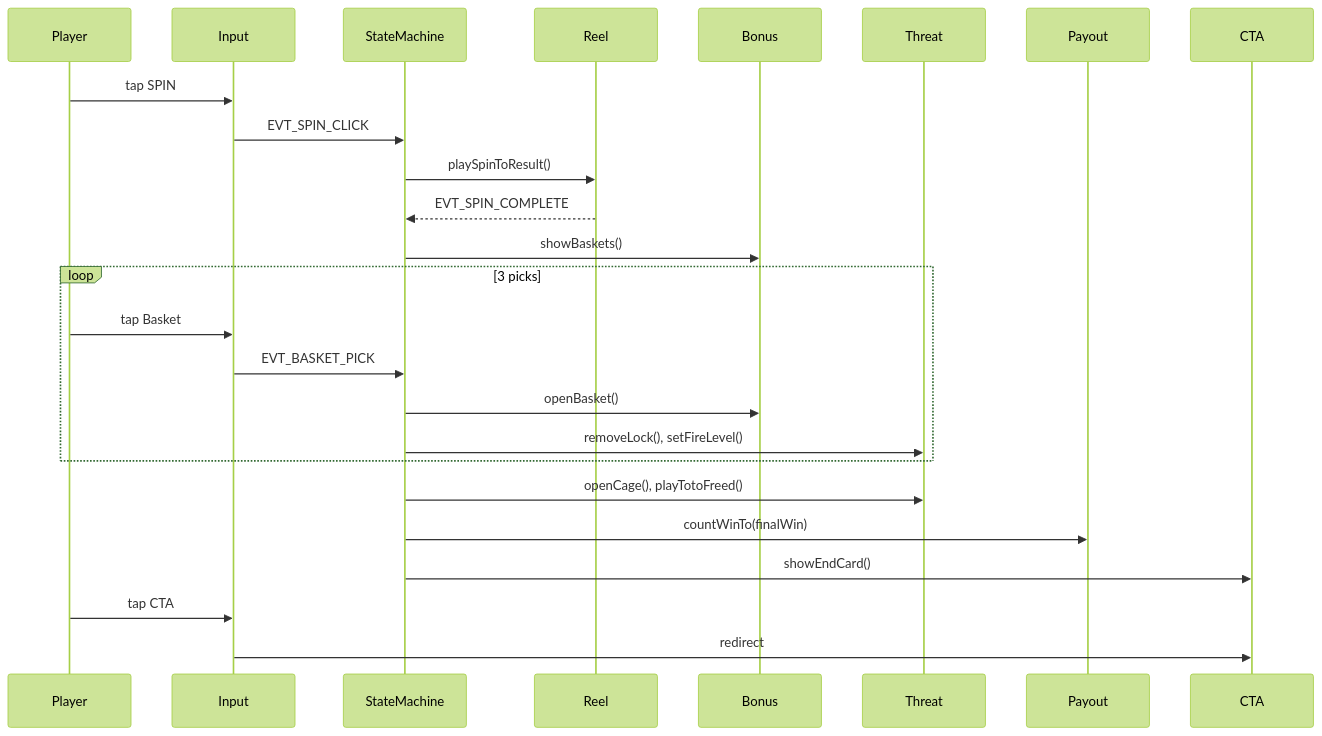
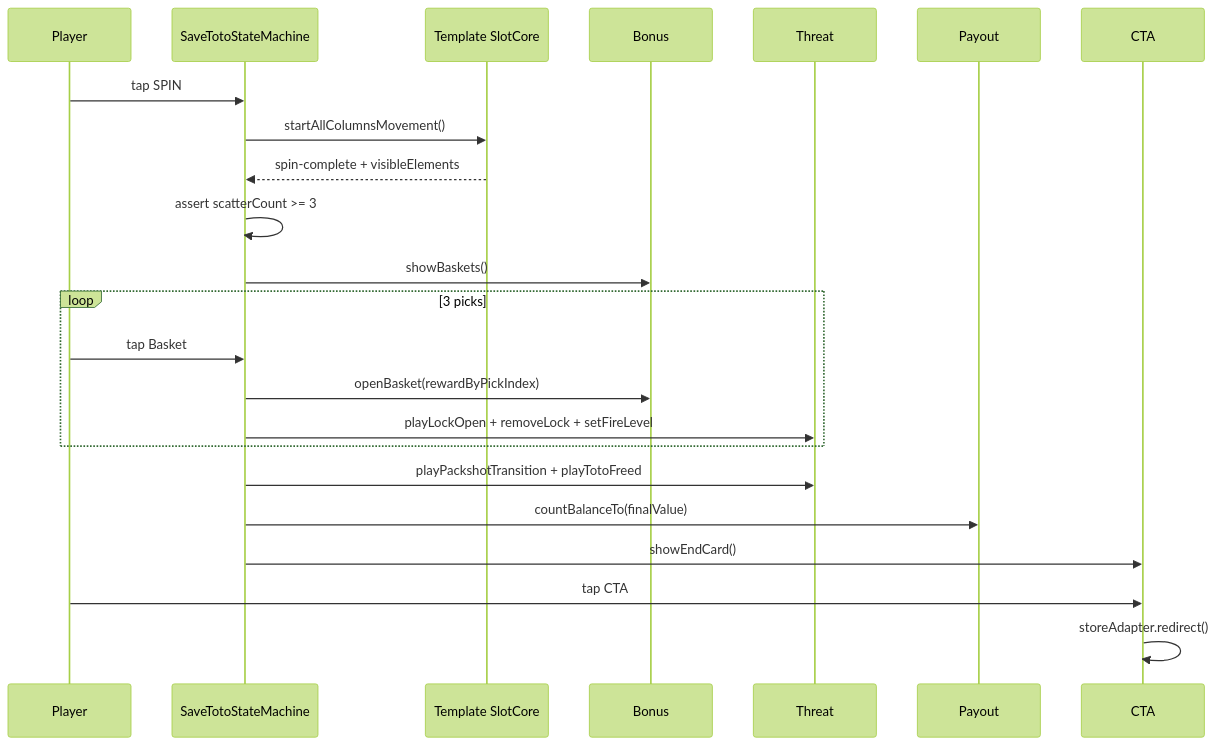
One commit to Magic-Quick/woz-b1-c3-toto changed the second of 2 diagrams in ARCHITECTURE.md. Above: the diagram before and after it, drawn with Mermaid (forest theme). The commit also changed other lines of this file and 16 other files, not shown here.

First line of the commit message:
feat: add prefab strategy, QA checklist, reference audit, and scene setup for Save Toto

````diff
--- a/ARCHITECTURE.md
+++ b/ARCHITECTURE.md
@@ -166,28 +215,26 @@
 ```mermaid
 sequenceDiagram
   participant Player
-  participant Input
-  participant SM as StateMachine
-  participant Reel
+  participant SM as SaveTotoStateMachine
+  participant Slot as Template SlotCore
   participant Bonus
   participant Threat
   participant Payout
   participant CTA
 
-  Player->>Input: tap SPIN
-  Input->>SM: EVT_SPIN_CLICK
-  SM->>Reel: playSpinToResult()
-  Reel-->>SM: EVT_SPIN_COMPLETE
+  Player->>SM: tap SPIN
+  SM->>Slot: startAllColumnsMovement()
+  Slot-->>SM: spin-complete + visibleElements
+  SM->>SM: assert scatterCount >= 3
   SM->>Bonus: showBaskets()
   loop 3 picks
-    Player->>Input: tap Basket
-    Input->>SM: EVT_BASKET_PICK
-    SM->>Bonus: openBasket()
-    SM->>Threat: removeLock(), setFireLevel()
+    Player->>SM: tap Basket
+    SM->>Bonus: openBasket(rewardByPickIndex)
+    SM->>Threat: playLockOpen + removeLock + setFireLevel
   end
-  SM->>Threat: openCage(), playTotoFreed()
-  SM->>Payout: countWinTo(finalWin)
+  SM->>Threat: playPackshotTransition + playTotoFreed
+  SM->>Payout: countBalanceTo(finalValue)
   SM->>CTA: showEndCard()
-  Player->>Input: tap CTA
-  Input->>CTA: redirect
+  Player->>CTA: tap CTA
+  CTA->>CTA: storeAdapter.redirect()
 ```
````
